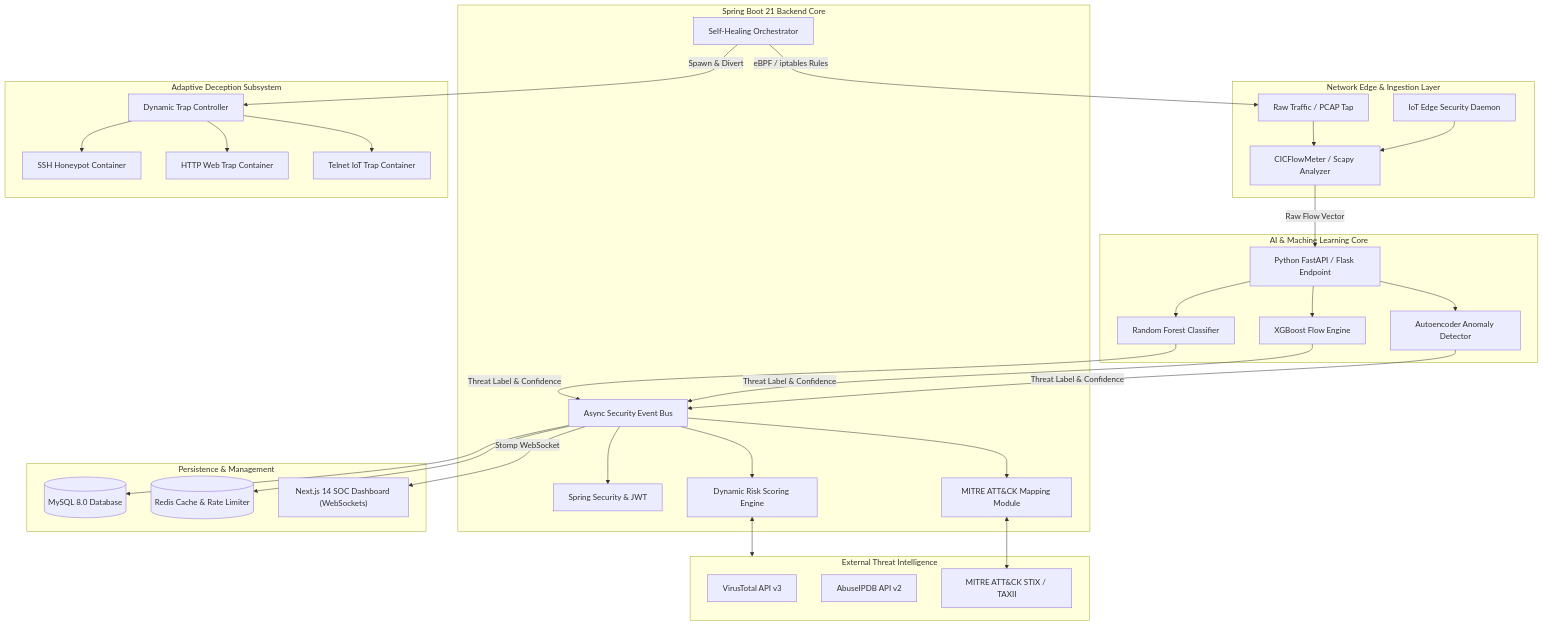
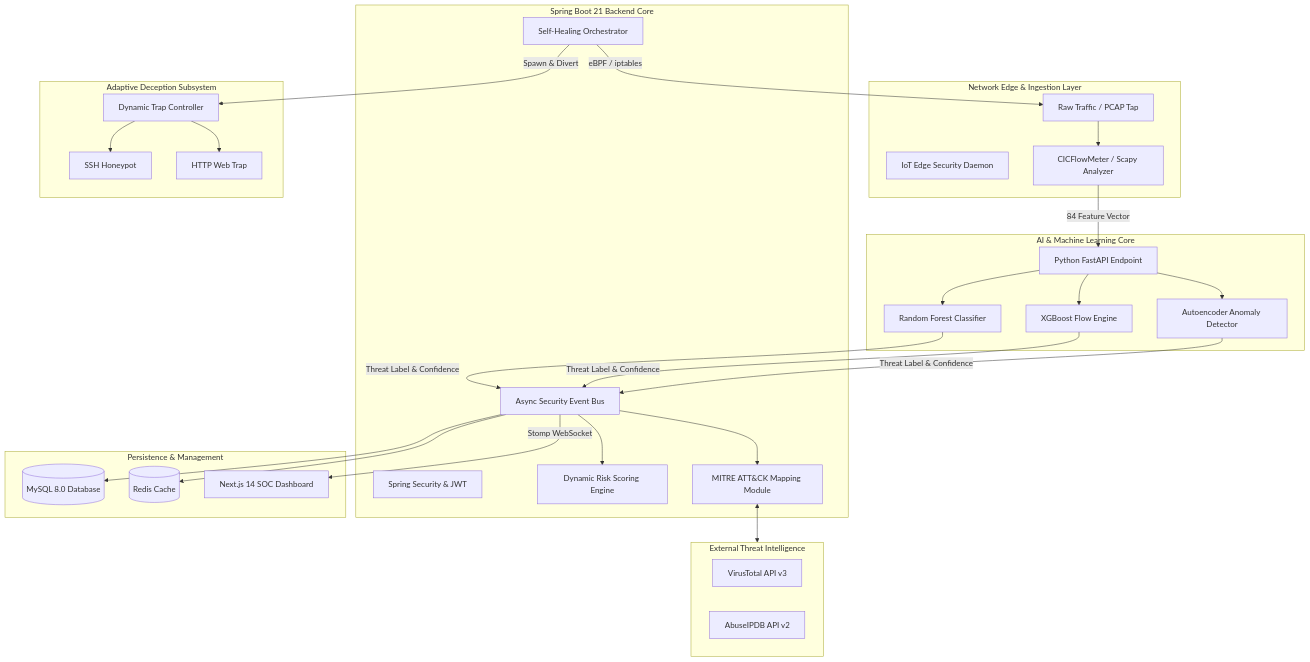
One commit to fardeenakmal/RakshaSphere-V1 changed the first of 2 diagrams in README.md. Above: the diagram before and after it, drawn with Mermaid. The commit also changed other lines of this file and 22 other files, not shown here.

````diff
--- a/README.md
+++ b/README.md
@@ -130,66 +48,52 @@
 ```mermaid
 flowchart TB
     subgraph Client_Edge ["Network Edge & Ingestion Layer"]
         NET_TAP["Raw Traffic / PCAP Tap"]
         IOT_DAEMON["IoT Edge Security Daemon"]
         FLOW_EXTRACT["CICFlowMeter / Scapy Analyzer"]
     end
 
     subgraph AI_Inference ["AI & Machine Learning Core"]
         MODEL_RF["Random Forest Classifier"]
         MODEL_XGB["XGBoost Flow Engine"]
         MODEL_AE["Autoencoder Anomaly Detector"]
-        INFERENCE_API["Python FastAPI / Flask Endpoint"]
+        INFERENCE_API["Python FastAPI Endpoint"]
     end
 
     subgraph Backend_Core ["Spring Boot 21 Backend Core"]
         JWT_AUTH["Spring Security & JWT"]
         EVENT_BUS["Async Security Event Bus"]
         RISK_ENGINE["Dynamic Risk Scoring Engine"]
         MITRE_MAPPER["MITRE ATT&CK Mapping Module"]
         HEAL_ENGINE["Self-Healing Orchestrator"]
     end
 
     subgraph Deception_Subsystem ["Adaptive Deception Subsystem"]
         HONEY_MGR["Dynamic Trap Controller"]
-        TRAP_SSH["SSH Honeypot Container"]
-        TRAP_HTTP["HTTP Web Trap Container"]
-        TRAP_TELNET["Telnet IoT Trap Container"]
+        TRAP_SSH["SSH Honeypot"]
+        TRAP_HTTP["HTTP Web Trap"]
     end
 
     subgraph External_Feeds ["External Threat Intelligence"]
         VT_API["VirusTotal API v3"]
         ABUSE_API["AbuseIPDB API v2"]
-        ATTACK_STIX["MITRE ATT&CK STIX / TAXII"]
     end
 
     subgraph Storage_Presentation ["Persistence & Management"]
         MYSQL_DB[("MySQL 8.0 Database")]
-        REDIS_CACHE[("Redis Cache & Rate Limiter")]
-        SOC_UI["Next.js 14 SOC Dashboard (WebSockets)"]
+        REDIS_CACHE[("Redis Cache")]
+        SOC_UI["Next.js 14 SOC Dashboard"]
     end
 
     NET_TAP --> FLOW_EXTRACT
-    IOT_DAEMON --> FLOW_EXTRACT
-    FLOW_EXTRACT -->|Raw Flow Vector| INFERENCE_API
-
-    INFERENCE_API --> MODEL_RF
-    INFERENCE_API --> MODEL_XGB
-    INFERENCE_API --> MODEL_AE
+    FLOW_EXTRACT -->|84 Feature Vector| INFERENCE_API
+    INFERENCE_API --> MODEL_RF & MODEL_XGB & MODEL_AE
     MODEL_RF & MODEL_XGB & MODEL_AE -->|Threat Label & Confidence| EVENT_BUS
-
-    EVENT_BUS --> JWT_AUTH
-    EVENT_BUS --> RISK_ENGINE
-    EVENT_BUS --> MITRE_MAPPER
-
-    MITRE_MAPPER <--> ATTACK_STIX
-    RISK_ENGINE <--> External_Feeds
-
-    HEAL_ENGINE -->|eBPF / iptables Rules| NET_TAP
+    EVENT_BUS --> RISK_ENGINE & MITRE_MAPPER
+    MITRE_MAPPER <--> External_Feeds
+    HEAL_ENGINE -->|eBPF / iptables| NET_TAP
     HEAL_ENGINE -->|Spawn & Divert| HONEY_MGR
-    HONEY_MGR --> TRAP_SSH & TRAP_HTTP & TRAP_TELNET
-
-    EVENT_BUS --> MYSQL_DB
-    EVENT_BUS --> REDIS_CACHE
+    HONEY_MGR --> TRAP_SSH & TRAP_HTTP
+    EVENT_BUS --> MYSQL_DB & REDIS_CACHE
     EVENT_BUS -->|Stomp WebSocket| SOC_UI
 ```
````
